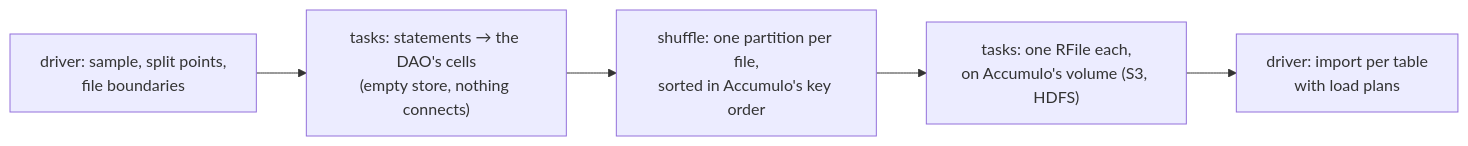
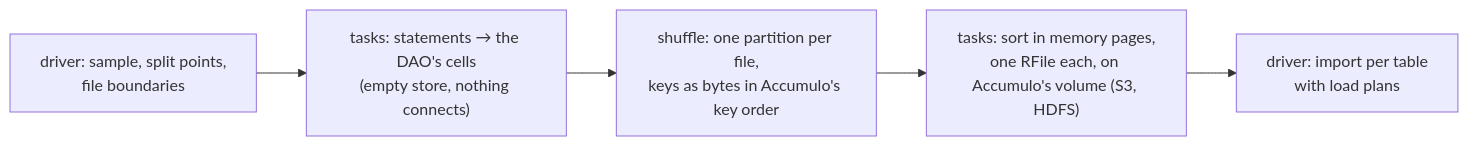
Diagram 23 of 23 in ARCH.md (dgreco/tripatha), drawn with Mermaid before and after one commit. The commit also changed other lines of this file and 8 other files, not shown here.

First line of the commit message:
Sort the Spark build's cells as bytes in Spark's memory pages (O30)

````diff
--- a/ARCH.md
+++ b/ARCH.md
@@ -1989,7 +1989,7 @@
 ```mermaid
 flowchart LR
     plan["driver: sample, split points,<br/>file boundaries"] --> cells["tasks: statements → the DAO's cells<br/>(empty store, nothing connects)"]
-    cells --> shuffle["shuffle: one partition per file,<br/>sorted in Accumulo's key order"]
-    shuffle --> rfiles["tasks: one RFile each,<br/>on Accumulo's volume (S3, HDFS)"]
+    cells --> shuffle["shuffle: one partition per file,<br/>keys as bytes in Accumulo's key order"]
+    shuffle --> rfiles["tasks: sort in memory pages,<br/>one RFile each, on Accumulo's volume (S3, HDFS)"]
     rfiles --> import["driver: import per table<br/>with load plans"]
 ```
````
